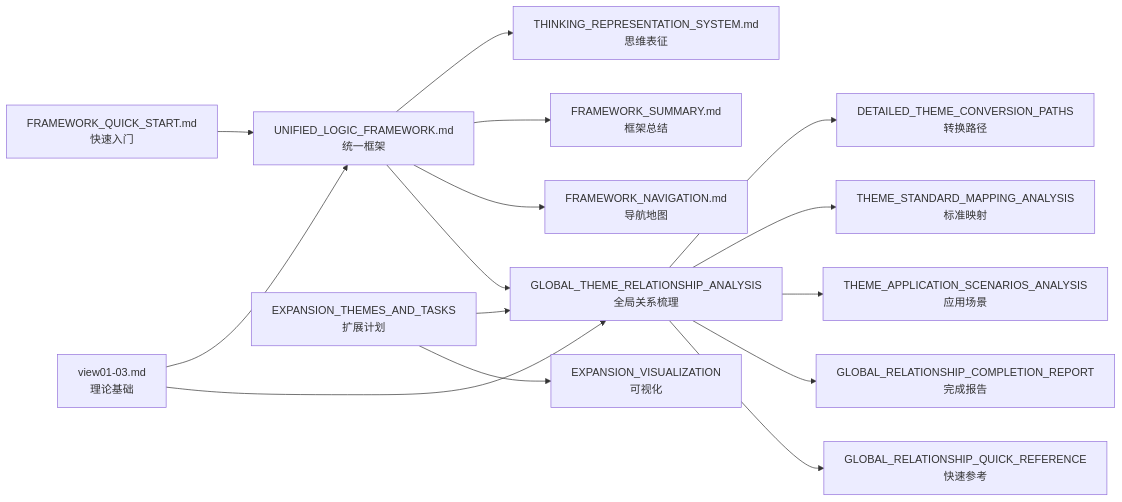
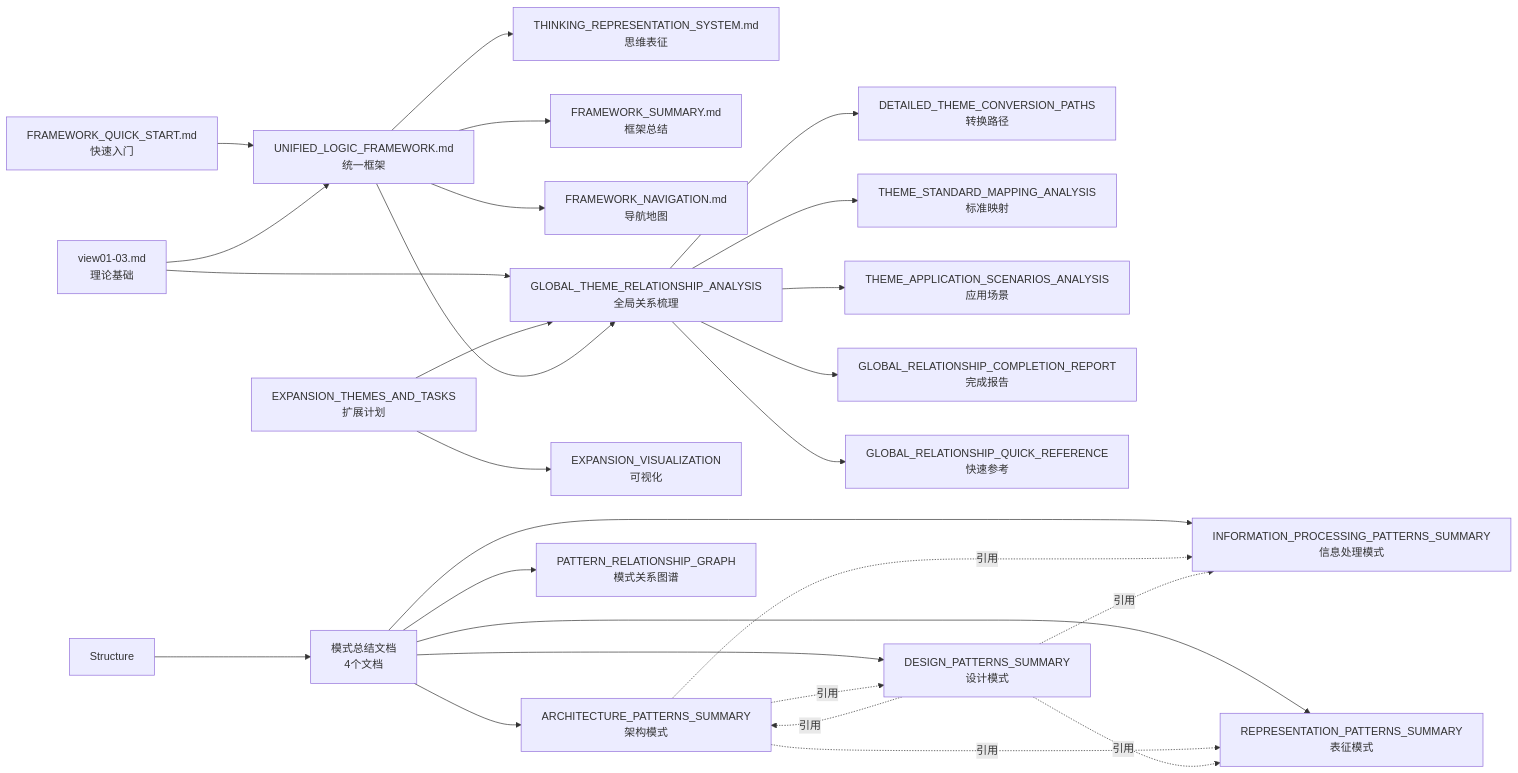
The second of 2 diagrams in docs/structure/STRUCTURE_DIRECTORY_INTEGRATION.md (AdaMartin18010/DSL-SCHEMA-ProgramDesign-Transform), drawn with Mermaid before and after one commit. The commit also changed other lines of this file and 59 other files, not shown here.

````diff
--- a/docs/structure/STRUCTURE_DIRECTORY_INTEGRATION.md
+++ b/docs/structure/STRUCTURE_DIRECTORY_INTEGRATION.md
@@ -119,21 +133,36 @@
 ```mermaid
 graph LR
     F1[FRAMEWORK_QUICK_START.md<br/>快速入门] --> F2[UNIFIED_LOGIC_FRAMEWORK.md<br/>统一框架]
     F2 --> F3[THINKING_REPRESENTATION_SYSTEM.md<br/>思维表征]
     F2 --> F4[FRAMEWORK_SUMMARY.md<br/>框架总结]
     F2 --> F5[FRAMEWORK_NAVIGATION.md<br/>导航地图]
 
     V1[view01-03.md<br/>理论基础] --> F2
     V1 --> G1[GLOBAL_THEME_RELATIONSHIP_ANALYSIS<br/>全局关系梳理]
     E1[EXPANSION_THEMES_AND_TASKS<br/>扩展计划] --> G1
     F2 --> G1
 
     G1 --> G2[DETAILED_THEME_CONVERSION_PATHS<br/>转换路径]
     G1 --> G3[THEME_STANDARD_MAPPING_ANALYSIS<br/>标准映射]
     G1 --> G4[THEME_APPLICATION_SCENARIOS_ANALYSIS<br/>应用场景]
 
     G1 --> G5[GLOBAL_RELATIONSHIP_COMPLETION_REPORT<br/>完成报告]
     G1 --> G6[GLOBAL_RELATIONSHIP_QUICK_REFERENCE<br/>快速参考]
 
     E1 --> E2[EXPANSION_VISUALIZATION<br/>可视化]
+
+    Structure --> Patterns[模式总结文档<br/>4个文档]
+
+    Patterns --> P1[ARCHITECTURE_PATTERNS_SUMMARY<br/>架构模式]
+    Patterns --> P2[DESIGN_PATTERNS_SUMMARY<br/>设计模式]
+    Patterns --> P3[INFORMATION_PROCESSING_PATTERNS_SUMMARY<br/>信息处理模式]
+    Patterns --> P4[REPRESENTATION_PATTERNS_SUMMARY<br/>表征模式]
+    Patterns --> P5[PATTERN_RELATIONSHIP_GRAPH<br/>模式关系图谱]
+
+    P1 -.->|引用| P2
+    P1 -.->|引用| P3
+    P1 -.->|引用| P4
+    P2 -.->|引用| P1
+    P2 -.->|引用| P3
+    P2 -.->|引用| P4
 ```
````
